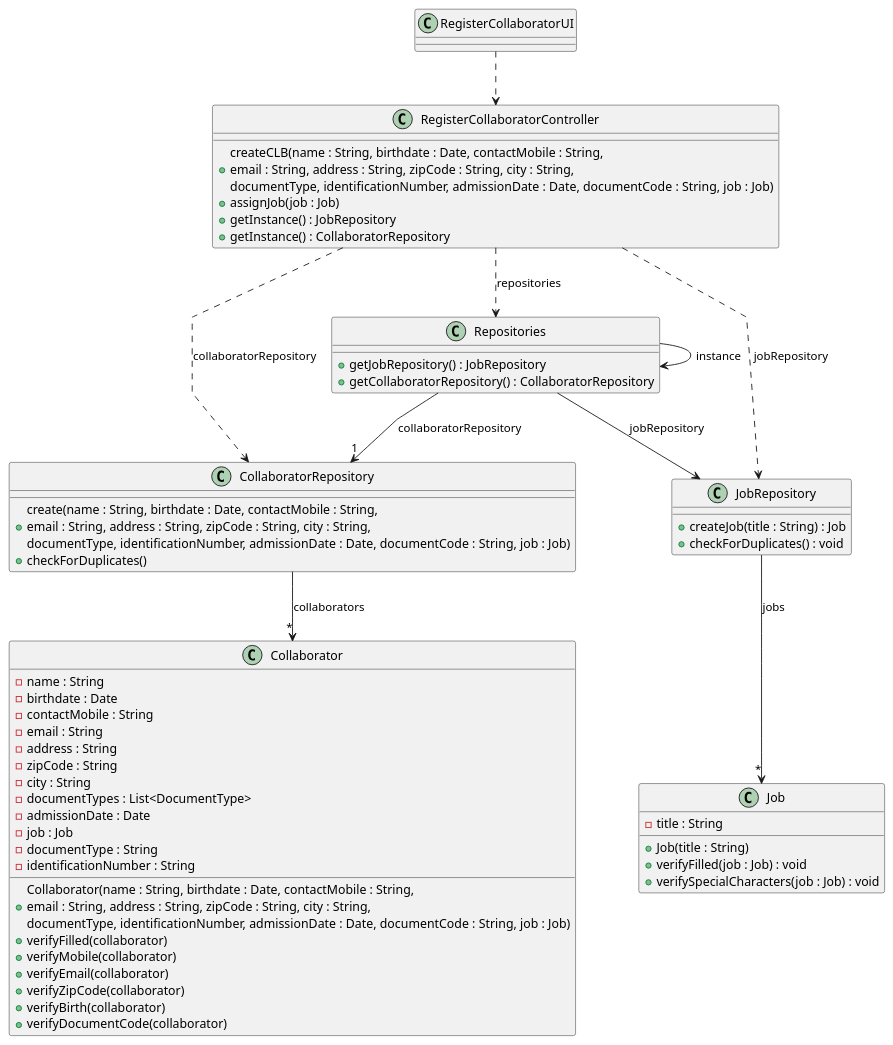
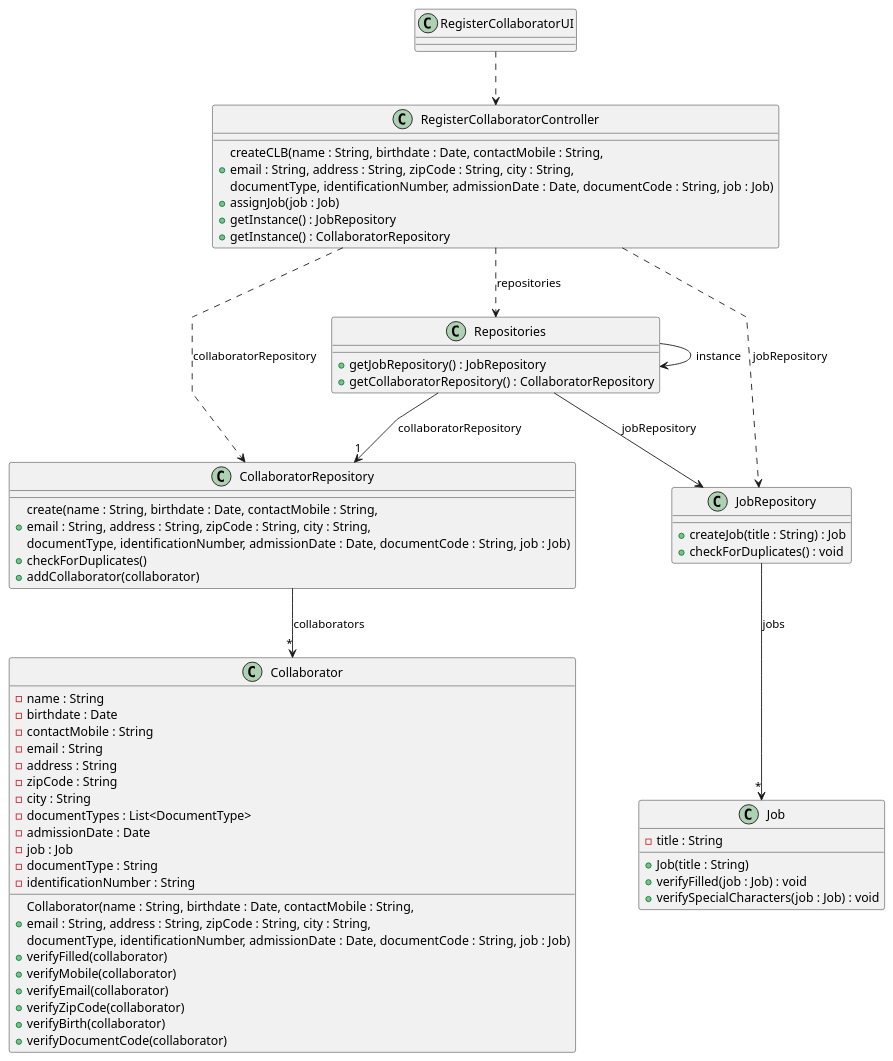
One commit to ricardomm7/leaflink changed the diagram in docs/sprintB/us003/03.design/puml/us003-class-diagram.puml. Above: the diagram before and after it, drawn with PlantUML. The commit also changed 30 other files, not shown here.

```diff
--- a/docs/sprintB/us003/03.design/puml/us003-class-diagram.puml
+++ b/docs/sprintB/us003/03.design/puml/us003-class-diagram.puml
@@ -1,75 +1,77 @@
 @startuml
 skinparam packageStyle rectangle
 skinparam shadowing false
 skinparam linetype polyline
 
 'left to right direction
 
 class RegisterCollaboratorUI {
 }
 
 class RegisterCollaboratorController {
     + createCLB(name : String, birthdate : Date, contactMobile : String,\nemail : String, address : String, zipCode : String, city : String,\ndocumentType, identificationNumber, admissionDate : Date, documentCode : String, job : Job)
     + assignJob(job : Job)
     + getInstance() : JobRepository
     + getInstance() : CollaboratorRepository
 
 }
 
 class Repositories {
     +getJobRepository() : JobRepository
     +getCollaboratorRepository() : CollaboratorRepository
 }
 
 class CollaboratorRepository {
     + create(name : String, birthdate : Date, contactMobile : String,\nemail : String, address : String, zipCode : String, city : String,\ndocumentType, identificationNumber, admissionDate : Date, documentCode : String, job : Job)
     + checkForDuplicates()
+    + addCollaborator(collaborator)
+
 }
 
 class JobRepository {
     +createJob(title : String) : Job
     +checkForDuplicates() : void
 }
 
 class Collaborator {
     - name : String
     - birthdate : Date
     - contactMobile : String
     - email : String
     - address : String
     - zipCode : String
     - city : String
     - documentTypes : List<DocumentType>
     - admissionDate : Date
     - job : Job
     + Collaborator(name : String, birthdate : Date, contactMobile : String,\nemail : String, address : String, zipCode : String, city : String,\ndocumentType, identificationNumber, admissionDate : Date, documentCode : String, job : Job)
     + verifyFilled(collaborator)
     + verifyMobile(collaborator)
     + verifyEmail(collaborator)
     + verifyZipCode(collaborator)
     + verifyBirth(collaborator)
     + verifyDocumentCode(collaborator)
     - documentType : String
     - identificationNumber : String
 }
 
 class Job {
     - title : String
     + Job(title : String)
     +verifyFilled(job : Job) : void
     +verifySpecialCharacters(job : Job) : void
 }
 
 
 
 RegisterCollaboratorUI ..> RegisterCollaboratorController
 RegisterCollaboratorController ..> Repositories : repositories
 Repositories --> Repositories : instance
 Repositories --> JobRepository : jobRepository
 Repositories --> "1"CollaboratorRepository : collaboratorRepository
 CollaboratorRepository --> "*" Collaborator : collaborators
 RegisterCollaboratorController ..> CollaboratorRepository : collaboratorRepository
 RegisterCollaboratorController ..> JobRepository : jobRepository
 JobRepository --> "*" Job : jobs
 
 @enduml
```
